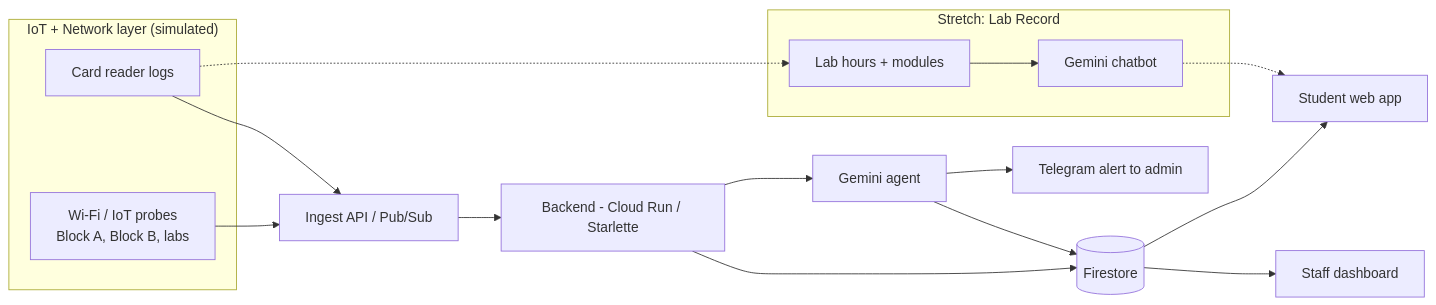
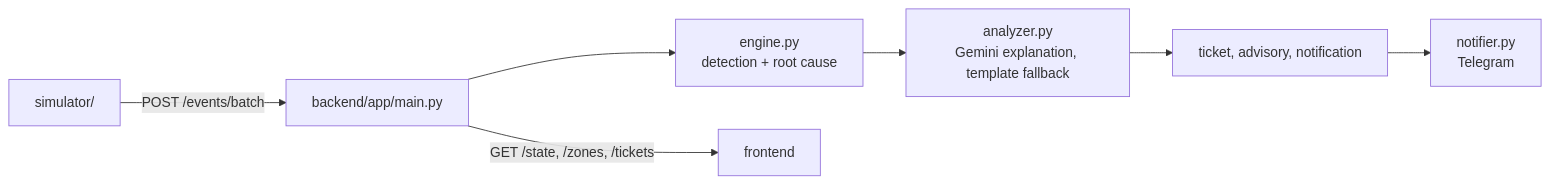
The diagram in docs/architecture.md (koguuu/apu-cloud-innovation-hackathon-2026-zer0-track-cloud), drawn with Mermaid before and after one commit. The commit also changed other lines of this file and 10 other files, not shown here.

````diff
--- a/docs/architecture.md
+++ b/docs/architecture.md
@@ -7,21 +5,9 @@
 ```mermaid
 flowchart LR
-  subgraph SIM["IoT + Network layer (simulated)"]
-    P[Wi-Fi / IoT probes<br/>Block A, Block B, labs]
-    C[Card reader logs]
-  end
-  P --> I[Ingest API / Pub/Sub]
-  C --> I
-  I --> B[Backend - Cloud Run / Starlette]
-  B --> DB[(Firestore)]
-  B --> G[Gemini agent]
-  G --> DB
-  G --> TG[Telegram alert to admin]
-  DB --> S[Student web app]
-  DB --> T[Staff dashboard]
-  subgraph STRETCH["Stretch: Lab Record"]
-    L[Lab hours + modules] --> CB[Gemini chatbot]
-  end
-  C -.-> L
-  CB -.-> S
+  SIM[simulator/] -->|POST /events/batch| API[backend/app/main.py]
+  API --> E[engine.py<br/>detection + root cause]
+  E --> A[analyzer.py<br/>Gemini explanation, template fallback]
+  A --> O[ticket, advisory, notification]
+  O --> N[notifier.py<br/>Telegram]
+  API -->|GET /state, /zones, /tickets| UI[frontend]
 ```
````
